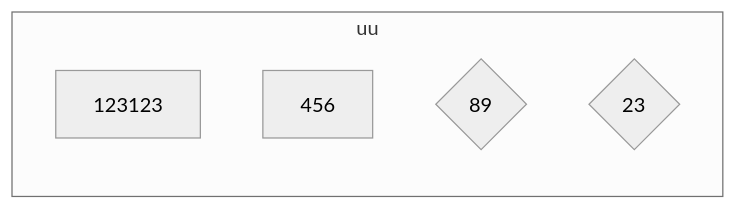
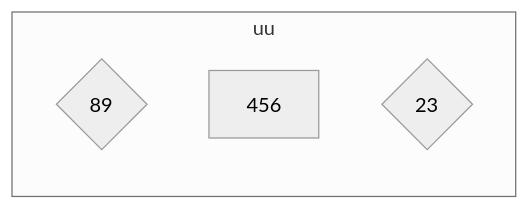
Before and after one commit to pingpm/mermaid_vault: the diagram in mmd/test_84b92440-cb4f-4cf1-a801-4a0af98297f6.mmd, drawn with Mermaid (neutral theme). The commit also changed 2 other files, not shown here.

Commit message:
Sync Mermaid Studio data (11 diagrams)

```diff
--- a/mmd/test_84b92440-cb4f-4cf1-a801-4a0af98297f6.mmd
+++ b/mmd/test_84b92440-cb4f-4cf1-a801-4a0af98297f6.mmd
@@ -1,7 +1,6 @@
 graph LR
   subgraph lane_de74ea9c_9b52_4f58_b8e2_a9eec44c9aed["uu"]
-    t_be87b2c9_55ef_4791_8adb_6bb9ab35f062["123123"]
+    t_670379e5_44ea_4f3e_aee0_d029f69378f0{"89"}
     t_10273d92_288b_41c4_b78c_3b4d08e9af8f["456"]
-    t_670379e5_44ea_4f3e_aee0_d029f69378f0{"89"}
     t_13a3d5f8_1df1_440d_bcc6_69e2a282aec1{"23"}
   end
```
